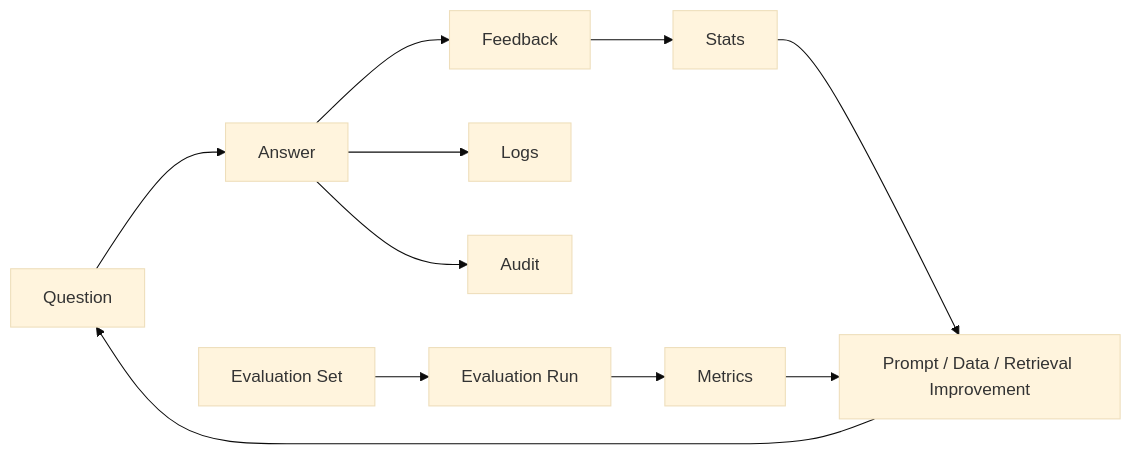
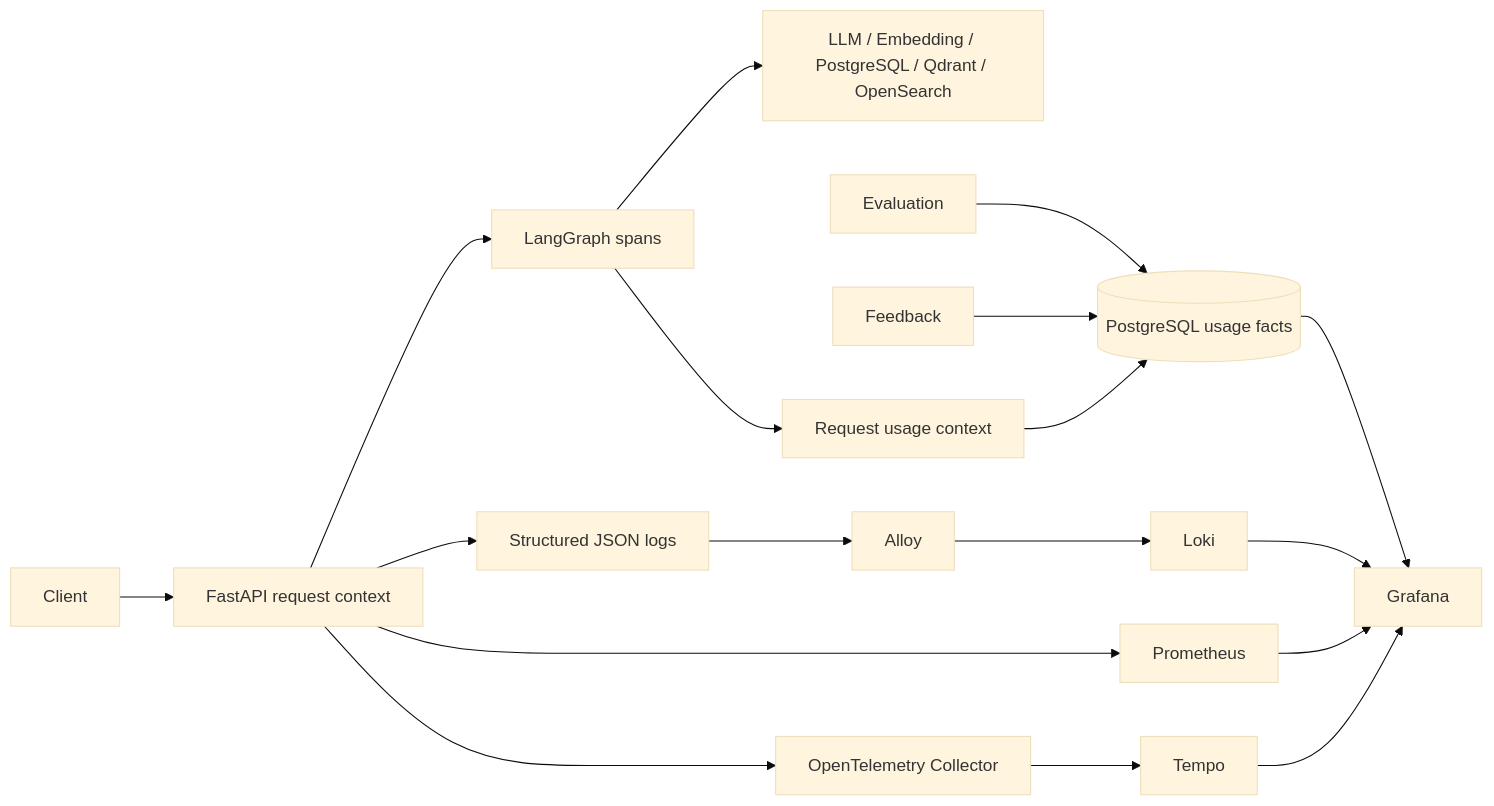
One commit to nwxshm-ylj/Industrial-Quality-Agentic-RAG-Assistant changed the fifth of 5 diagrams in docs/architecture.md. Above: the diagram before and after it, drawn with Mermaid (base theme). The commit also changed other lines of this file and 62 other files, not shown here.

```diff
--- a/docs/architecture.md
+++ b/docs/architecture.md
@@ -225,13 +225,19 @@
 ~~~mermaid
 flowchart LR
-    Question --> Answer
-    Answer --> Feedback
-    Answer --> Logs
-    Answer --> Audit
-    Feedback --> Stats
-    EvalSet[Evaluation Set] --> EvalRun[Evaluation Run]
-    EvalRun --> Metrics
-    Stats --> Improve[Prompt / Data / Retrieval Improvement]
-    Metrics --> Improve
-    Improve --> Question
+    Client --> API[FastAPI request context]
+    API --> Graph[LangGraph spans]
+    Graph --> Dependencies[LLM / Embedding / PostgreSQL / Qdrant / OpenSearch]
+    API --> JSON[Structured JSON logs]
+    Graph --> Usage[Request usage context]
+    API --> OTEL[OpenTelemetry Collector]
+    OTEL --> Tempo
+    API --> Prometheus
+    JSON --> Alloy --> Loki
+    Usage --> UsageDB[(PostgreSQL usage facts)]
+    Tempo --> Grafana
+    Prometheus --> Grafana
+    Loki --> Grafana
+    UsageDB --> Grafana
+    Feedback --> UsageDB
+    Evaluation --> UsageDB
 ~~~
```
